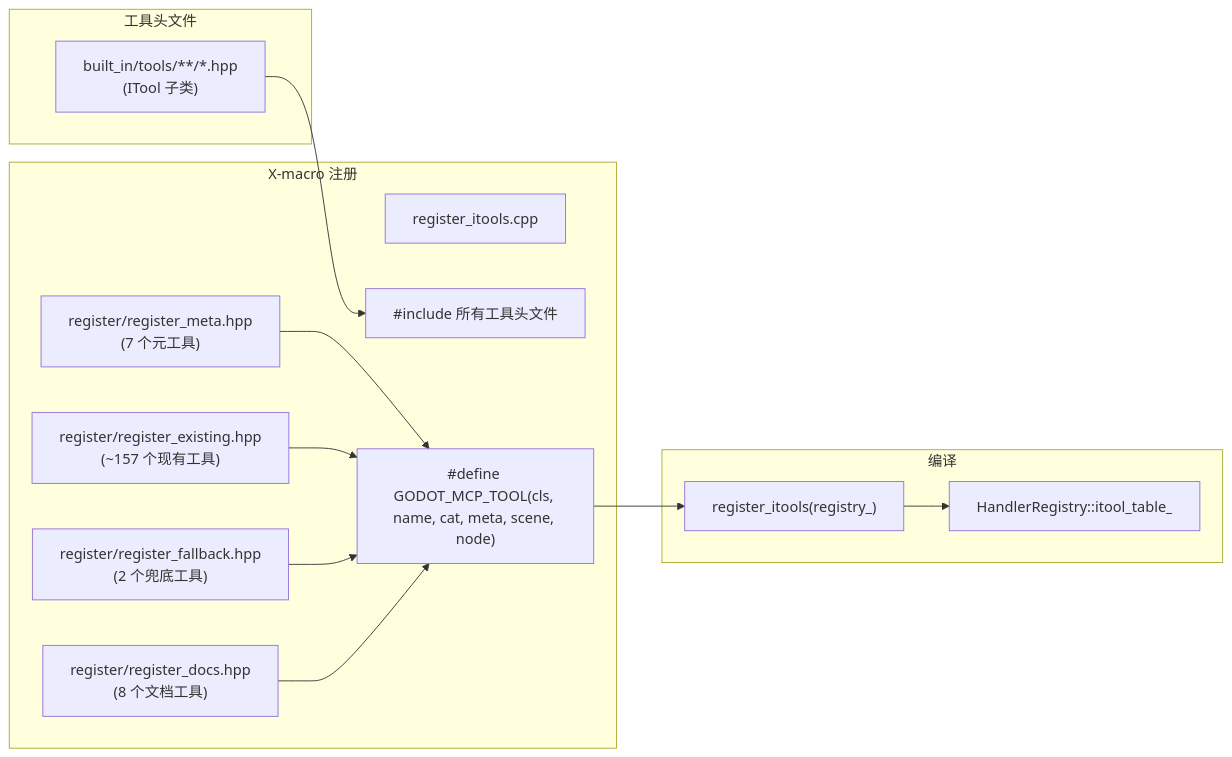
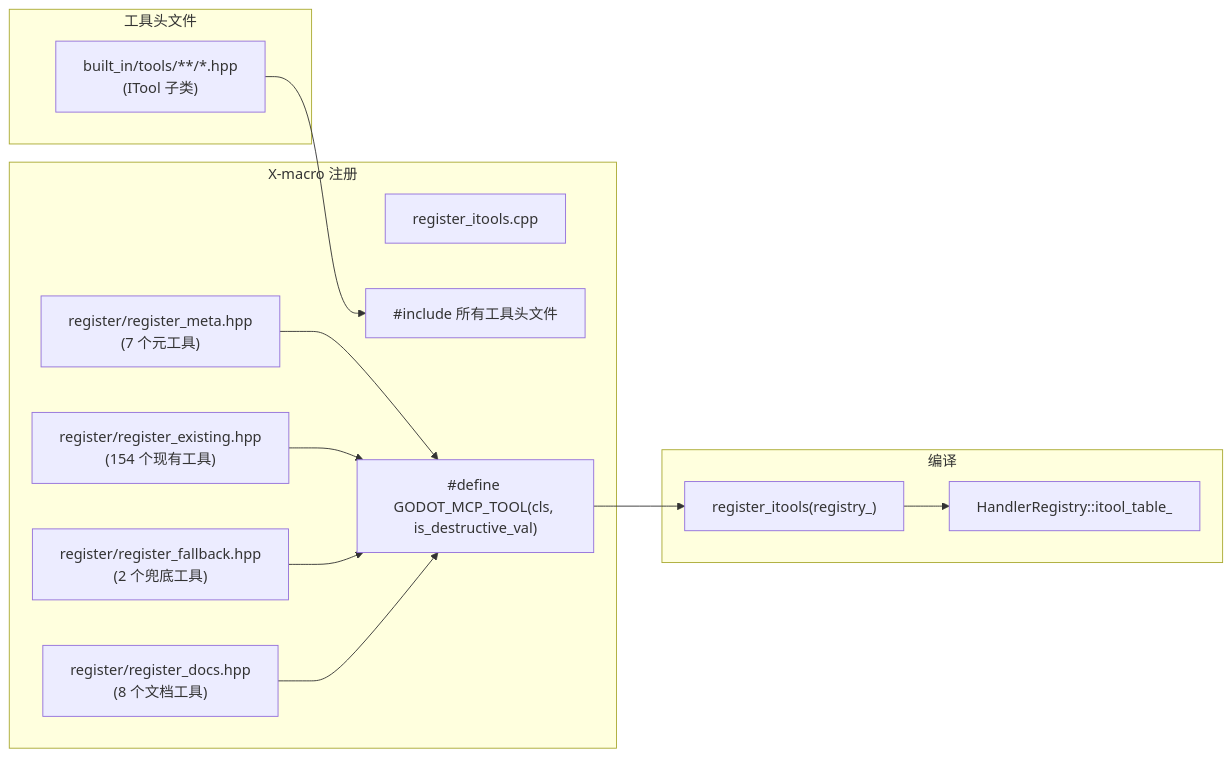
Before and after one commit to jesspig/GodotMCP-GDExtension: the first of 2 diagrams in .repo_wiki/modules/x-macro-registration.md, drawn with Mermaid. The commit also changed other lines of this file and 12 other files, not shown here.

````diff
--- a/.repo_wiki/modules/x-macro-registration.md
+++ b/.repo_wiki/modules/x-macro-registration.md
@@ -7,26 +7,26 @@
 ```mermaid
 flowchart LR
     subgraph Headers["工具头文件"]
         HPP["built_in/tools/**/*.hpp<br/>(ITool 子类)"]
     end
     subgraph XMacro["X-macro 注册"]
         REGCPP["register_itools.cpp"]
         INCLUDE["#include 所有工具头文件"]
-        MACRO["#define GODOT_MCP_TOOL(cls, name, cat, meta, scene, node)"]
+        MACRO["#define GODOT_MCP_TOOL(cls, is_destructive_val)"]
         REGMETA["register/register_meta.hpp<br/>(7 个元工具)"]
-        REGEXIST["register/register_existing.hpp<br/>(~157 个现有工具)"]
+        REGEXIST["register/register_existing.hpp<br/>(154 个现有工具)"]
         REGFALL["register/register_fallback.hpp<br/>(2 个兜底工具)"]
         REGDOCS["register/register_docs.hpp<br/>(8 个文档工具)"]
     end
     subgraph Compile["编译"]
         CALL["register_itools(registry_)"]
         ITBL["HandlerRegistry::itool_table_"]
     end
     HPP --> INCLUDE
     REGMETA --> MACRO
     REGEXIST --> MACRO
     REGFALL --> MACRO
     REGDOCS --> MACRO
     MACRO --> CALL
     CALL --> ITBL
 ```
````
